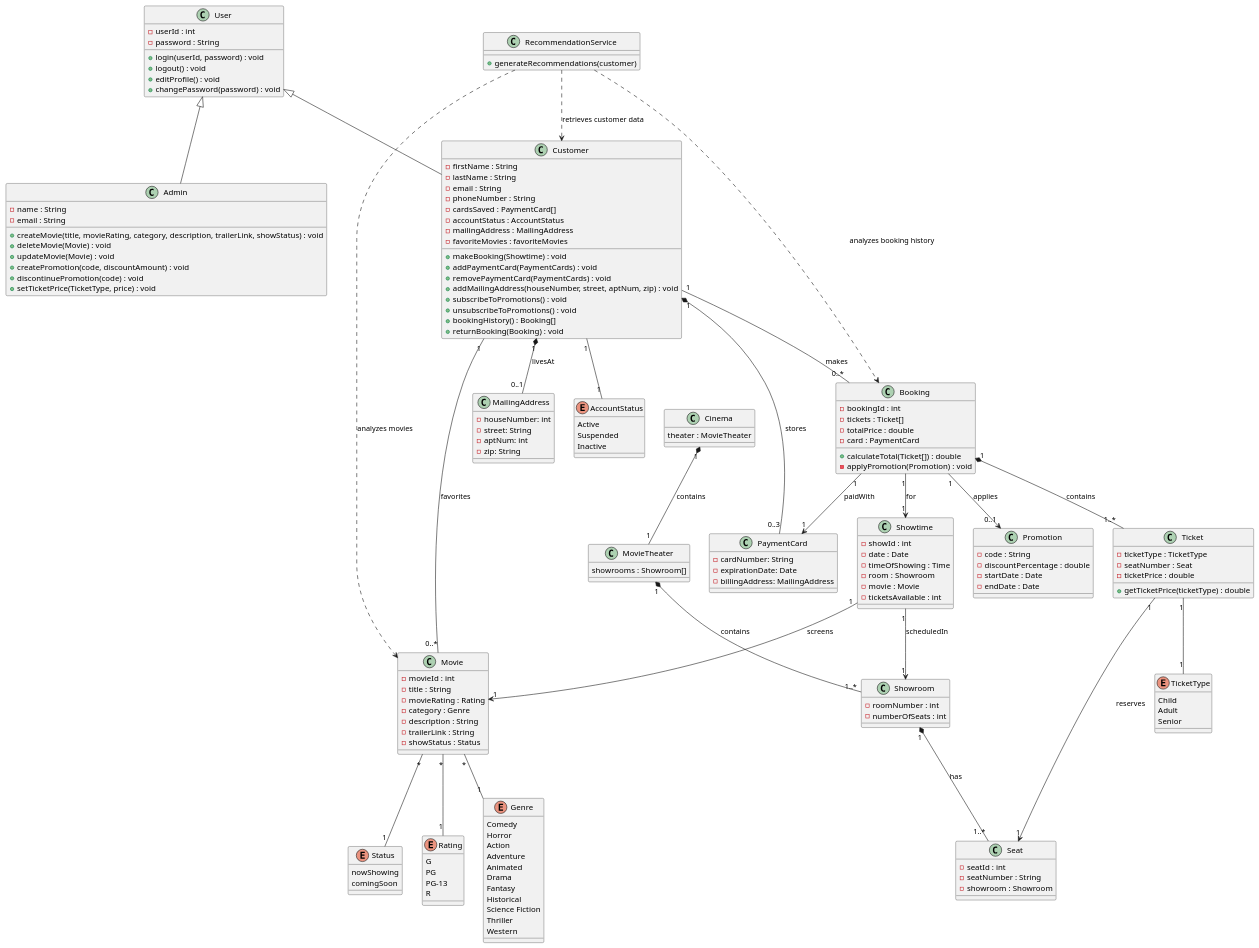
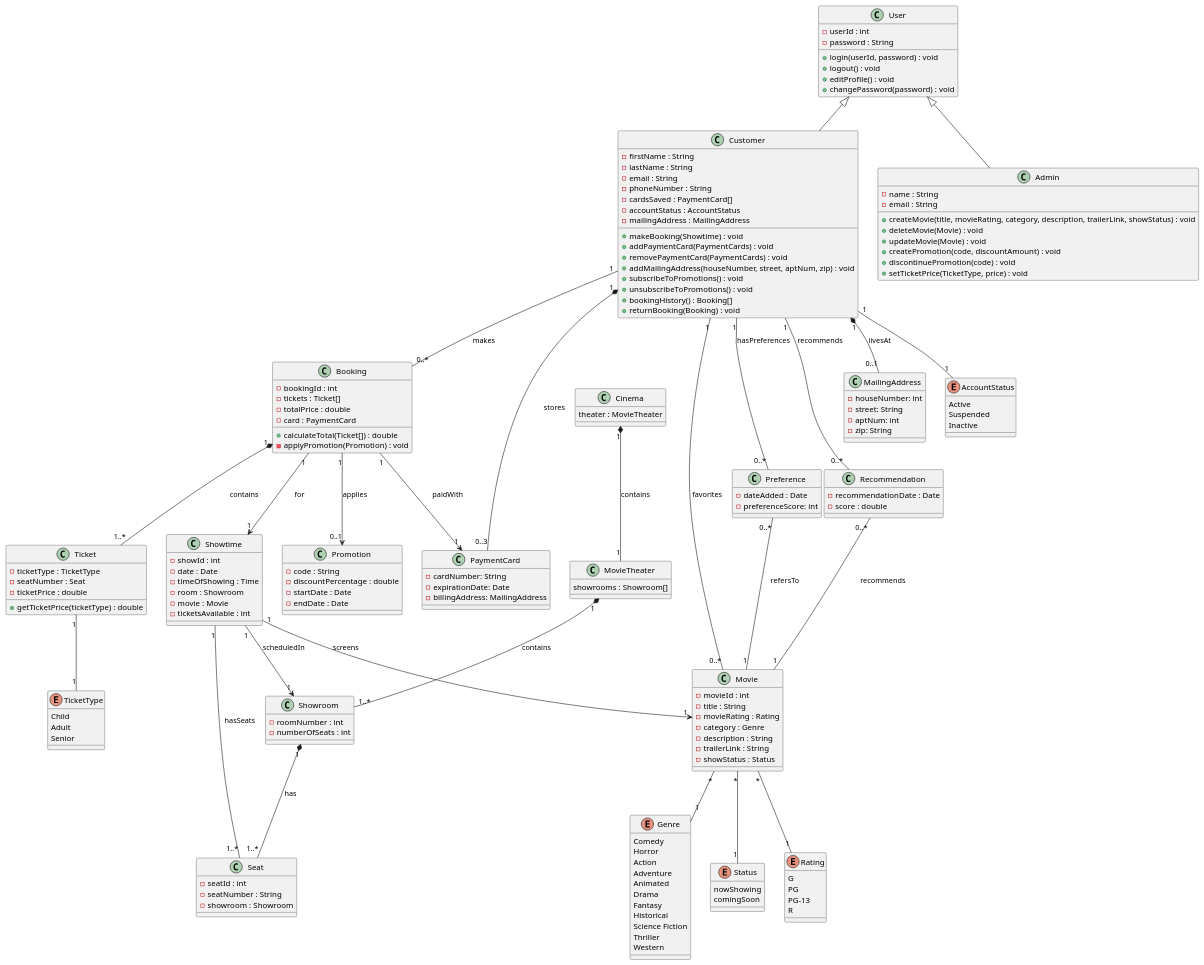
One commit to r-s-r-99/CSCI4050-CinmeaEBookingProject changed the diagram in uml/user-diagram.puml. Above: the diagram before and after it, drawn with PlantUML.

Commit message:
fix: fixed ShowSeat/hasSeats, fixed the recommendation service

```diff
--- a/uml/user-diagram.puml
+++ b/uml/user-diagram.puml
@@ -1,161 +1,166 @@
 @startuml 
 class User {
     - userId : int 
     - password : String 
     + login(userId, password) : void 
     + logout() : void 
     + editProfile() : void 
     + changePassword(password) : void 
 } 
 class Customer { 
     - firstName : String 
     - lastName : String 
     - email : String 
     - phoneNumber : String 
     - cardsSaved : PaymentCard[] 
     - accountStatus : AccountStatus 
     - mailingAddress : MailingAddress 
-    - favoriteMovies : favoriteMovies 
     + makeBooking(Showtime) : void
     + addPaymentCard(PaymentCards) : void 
     + removePaymentCard(PaymentCards) : void
     + addMailingAddress(houseNumber, street, aptNum, zip) : void 
     + subscribeToPromotions() : void 
     + unsubscribeToPromotions() : void 
     + bookingHistory() : Booking[]
     + returnBooking(Booking) : void
 } 
 class PaymentCard { 
     - cardNumber: String 
     - expirationDate: Date 
     - billingAddress: MailingAddress 
 } 
 class MailingAddress { 
     - houseNumber: int 
     - street: String 
     - aptNum: int 
     - zip: String 
 } 
 enum AccountStatus { 
     Active
     Suspended 
     Inactive 
 } 
 class Movie { 
     - movieId : int 
     - title : String 
     - movieRating : Rating 
     - category : Genre 
     - description : String 
     - trailerLink : String 
     - showStatus : Status
 } 
 enum Status { 
     nowShowing 
     comingSoon 
 } 
 enum Rating { 
     G 
     PG 
     PG-13 
     R 
 } 
 enum Genre { 
     Comedy 
     Horror 
     Action 
     Adventure 
     Animated 
     Drama 
     Fantasy 
     Historical 
     Science Fiction 
     Thriller 
     Western 
 } 
 class Admin { 
     - name : String 
     - email : String
     + createMovie(title, movieRating, category, description, trailerLink, showStatus) : void
     + deleteMovie(Movie) : void
     + updateMovie(Movie) : void
     + createPromotion(code, discountAmount) : void
     + discontinuePromotion(code) : void 
     + setTicketPrice(TicketType, price) : void
 } 
 class Ticket { 
     - ticketType : TicketType 
     - seatNumber : Seat 
     - ticketPrice : double 
     + getTicketPrice(ticketType) : double 
 } 
 enum TicketType { 
     Child 
     Adult 
     Senior 
 } 
 class Showtime { 
     - showId : int 
     - date : Date 
     - timeOfShowing : Time 
     - room : Showroom 
     - movie : Movie 
     - ticketsAvailable : int 
 } 
 class Showroom { 
     - roomNumber : int 
     - numberOfSeats : int 
 } 
 class Seat { 
     - seatId : int
     - seatNumber : String 
     - showroom : Showroom 
 } 
 class MovieTheater { 
     showrooms : Showroom[] 
 } 
 class Cinema { 
     theater : MovieTheater 
 } 
 class Booking { 
     - bookingId : int
     - tickets : Ticket[] 
     - totalPrice : double 
     - card : PaymentCard 
     + calculateTotal(Ticket[]) : double 
     - applyPromotion(Promotion) : void 
 } 
 class Promotion { 
     - code : String 
     - discountPercentage : double 
     - startDate : Date 
     - endDate : Date 
 } 
-class RecommendationService {
-    + generateRecommendations(customer)
-} 
+class Preference {
+    - dateAdded : Date
+    - preferenceScore: int
+}
+class Recommendation {
+    - recommendationDate : Date
+    - score : double
+}
 Customer "1" -- "1" AccountStatus 
 Ticket "1" -- "1" TicketType 
 Movie "*" -- "1" Genre 
 Movie "*" -- "1" Rating 
 Movie "*" -- "1" Status 
 User <|-- Customer
 User <|-- Admin
 Customer "1" *-- "0..3" PaymentCard : stores
 Customer "1" *-- "0..1" MailingAddress : livesAt
 Booking "1" *-- "1..*" Ticket : contains
 Showroom "1" *-- "1..*" Seat : has
 Customer "1" -- "0..*" Booking : makes
 Customer "1" -- "0..*" Movie : favorites
 Booking "1" --> "1" Showtime : for
 Booking "1" --> "1" PaymentCard : paidWith
 Booking "1" --> "0..1" Promotion : applies
-Ticket "1" --> "1" Seat : reserves
+Showtime "1" -- "1..*" Seat : hasSeats
 Showtime "1" --> "1" Movie : screens
 Showtime "1" --> "1" Showroom : scheduledIn
 MovieTheater "1" *-- "1..*" Showroom : contains
 Cinema "1" *-- "1" MovieTheater : contains
-RecommendationService ..> Customer : retrieves customer data
-RecommendationService ..> Movie : analyzes movies
-RecommendationService ..> Booking : analyzes booking history
+Customer "1" -- "0..*" Preference : hasPreferences
+Customer "1" -- "0..*" Recommendation : recommends
+Preference "0..*" -- "1" Movie : refersTo
+Recommendation "0..*" -- "1" Movie : recommends
 @enduml
```
